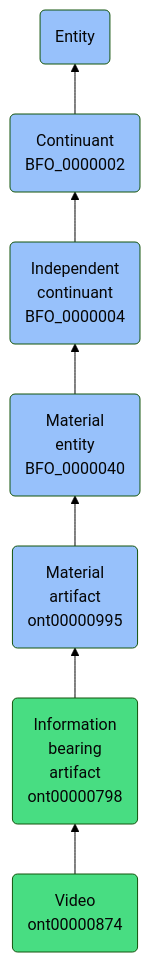
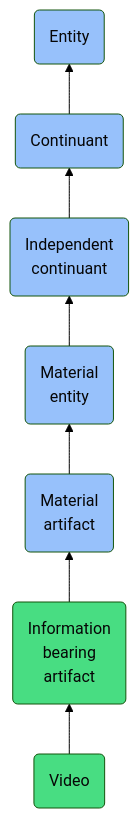
One commit to jupyter-naas/abi changed the diagram in docs/ontology/reference/model/Entity/Continuant/Independent continuant/Material entity/Material artifact/Information bearing artifact/Video/Video.md. Above: the diagram before and after it, drawn with Mermaid (forest theme). The commit also changed other lines of this file and 1430 other files, not shown here.

````diff
--- a/docs/ontology/reference/model/Entity/Continuant/Independent continuant/Material entity/Material artifact/Information bearing artifact/Video/Video.md
+++ b/docs/ontology/reference/model/Entity/Continuant/Independent continuant/Material entity/Material artifact/Information bearing artifact/Video/Video.md
@@ -24,14 +24,14 @@
 ```mermaid
 graph BT
-    ont00000874(Video<br>ont00000874):::ABI-->ont00000798
-    ont00000798(Information<br>bearing<br>artifact<br>ont00000798):::ABI-->ont00000995
-    ont00000995(Material<br>artifact<br>ont00000995):::BFO-->BFO_0000040
-    BFO_0000040(Material<br>entity<br>BFO_0000040):::BFO-->BFO_0000004
-    BFO_0000004(Independent<br>continuant<br>BFO_0000004):::BFO-->BFO_0000002
-    BFO_0000002(Continuant<br>BFO_0000002):::BFO-->BFO_0000001
+    ont00000874(Video):::ABI-->ont00000798
+    ont00000798(Information<br>bearing<br>artifact):::ABI-->ont00000995
+    ont00000995(Material<br>artifact):::BFO-->BFO_0000040
+    BFO_0000040(Material<br>entity):::BFO-->BFO_0000004
+    BFO_0000004(Independent<br>continuant):::BFO-->BFO_0000002
+    BFO_0000002(Continuant):::BFO-->BFO_0000001
     BFO_0000001(Entity):::BFO
     
     classDef BFO fill:#97c1fb,color:#060606
     classDef CCO fill:#e4c51e,color:#060606
     classDef ABI fill:#48DD82,color:#060606
 ```
````
